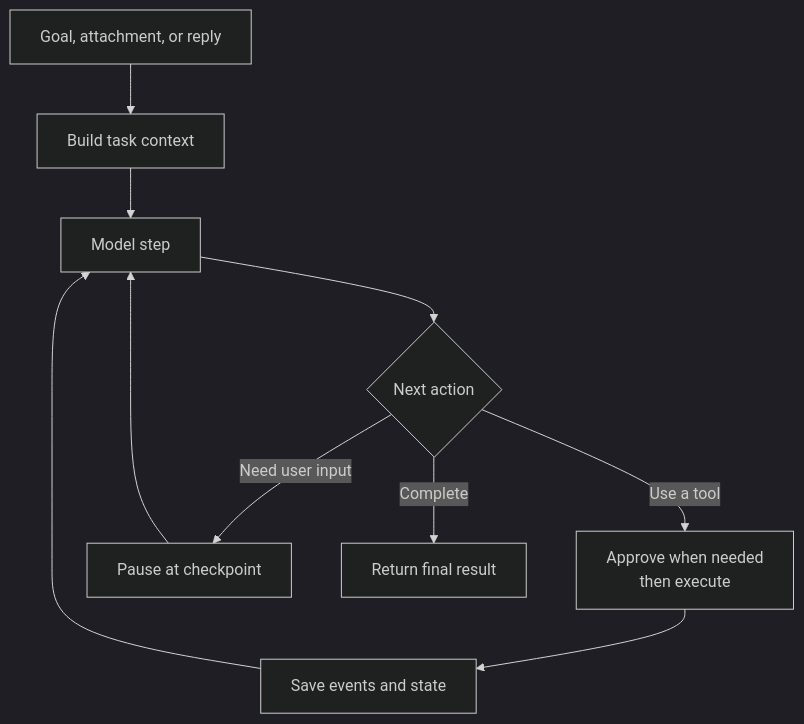
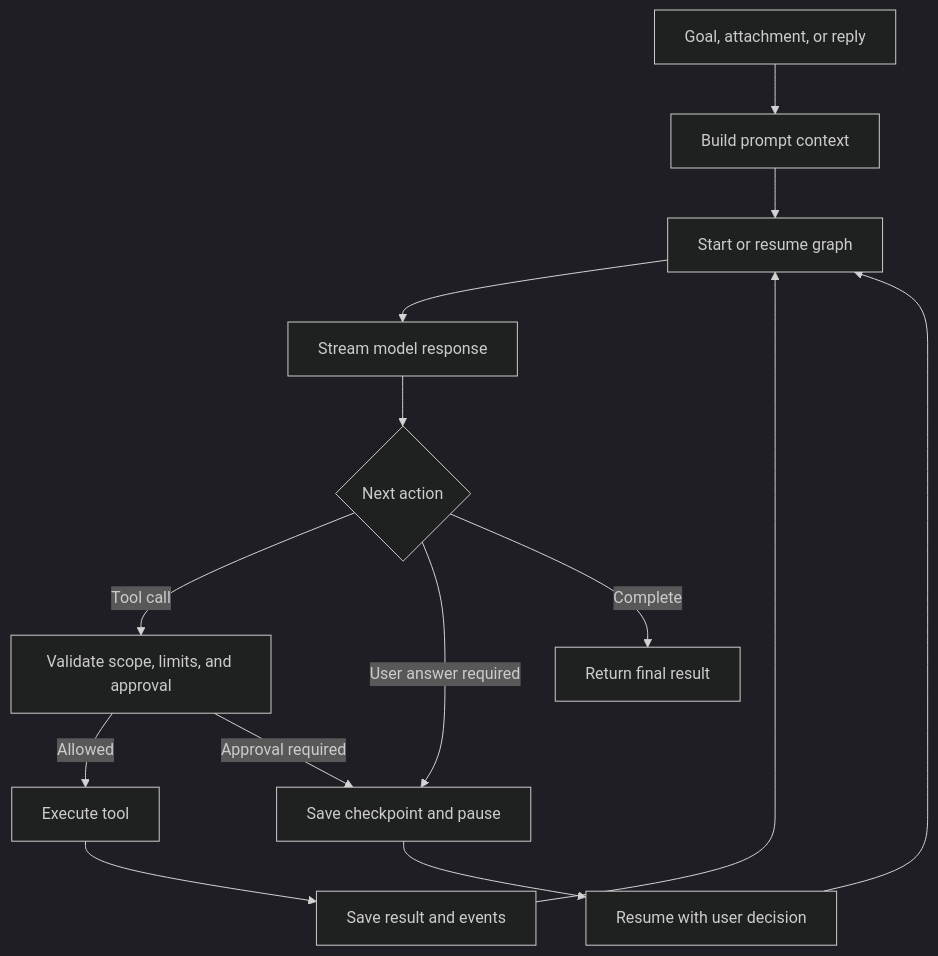
The second of 5 diagrams in README.md (chuanchuan123321/JCodex), drawn with Mermaid (dark theme) before and after one commit. The commit also changed other lines of this file and 1 other file, not shown here.

First line of the commit message:
完善产品展示与架构说明 / Expand product showcase and architecture

````diff
--- a/README.md
+++ b/README.md
@@ -84,12 +112,16 @@
 ```mermaid
 flowchart TD
-    Input["Goal, attachment, or reply"] --> Context["Build task context"]
-    Context --> Model["Model step"]
-    Model --> Next{"Next action"}
-    Next -->|Use a tool| Execute["Approve when needed<br/>then execute"]
-    Execute --> Save["Save events and state"]
-    Save --> Model
-    Next -->|Need user input| Pause["Pause at checkpoint"]
-    Pause --> Model
-    Next -->|Complete| Result["Return final result"]
+    Request["Goal, attachment, or reply"] --> Context["Build prompt context"]
+    Context --> Graph["Start or resume graph"]
+    Graph --> Model["Stream model response"]
+    Model --> Decision{"Next action"}
+    Decision -->|Tool call| Guard["Validate scope, limits, and approval"]
+    Guard -->|Allowed| Tool["Execute tool"]
+    Tool --> Persist["Save result and events"]
+    Persist --> Graph
+    Guard -->|Approval required| Interrupt["Save checkpoint and pause"]
+    Decision -->|User answer required| Interrupt
+    Interrupt --> Resume["Resume with user decision"]
+    Resume --> Graph
+    Decision -->|Complete| Final["Return final result"]
 ```
````
